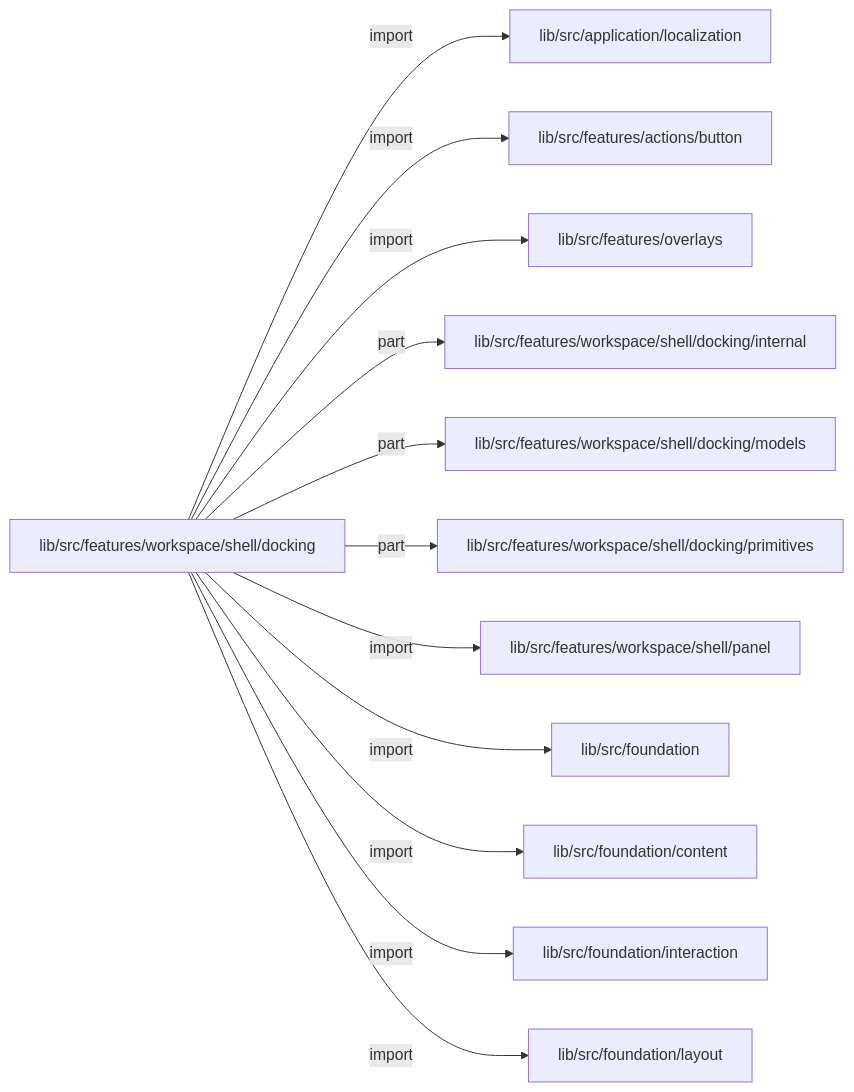
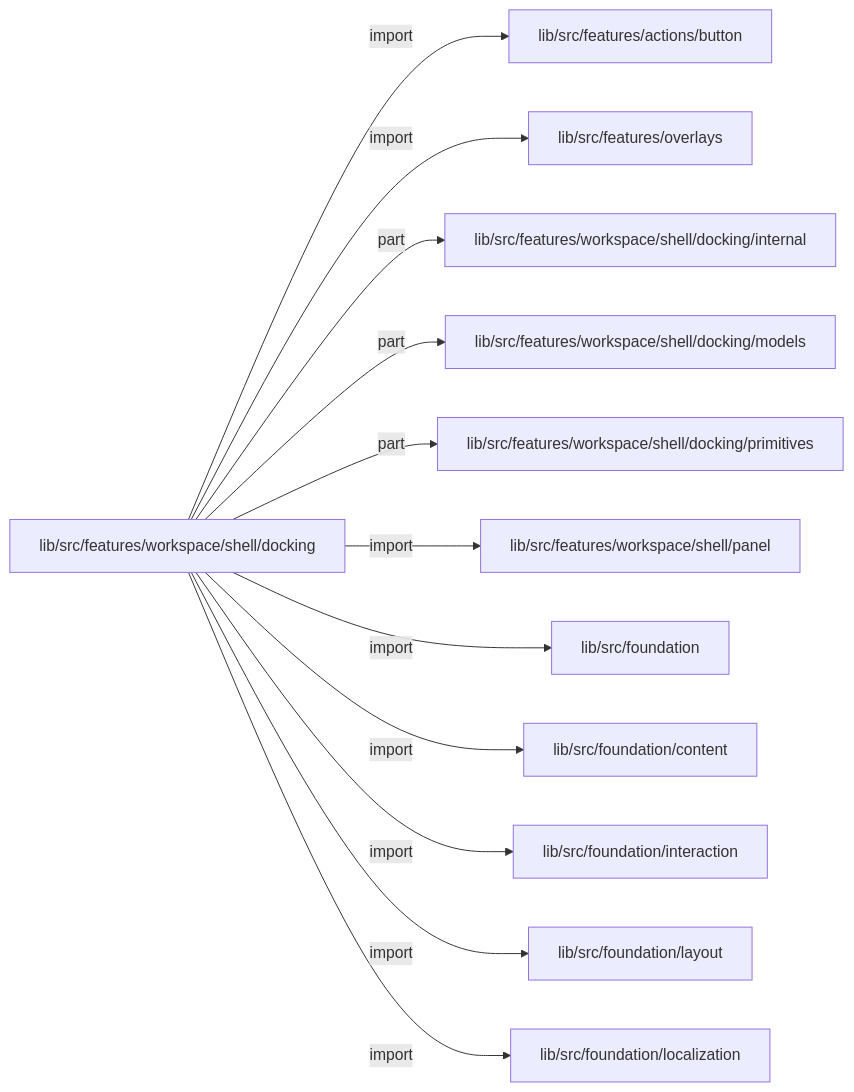
One commit to MiuDog/Kallopis changed the first of 3 diagrams in docs/architecture/src/features/workspace/shell/docking/README.md. Above: the diagram before and after it, drawn with Mermaid. The commit also changed other lines of this file and 9688 other files, not shown here.

Commit message:
Prepare isolated Flow F2 peer baseline

````diff
--- a/docs/architecture/src/features/workspace/shell/docking/README.md
+++ b/docs/architecture/src/features/workspace/shell/docking/README.md
@@ -13,26 +13,26 @@
 ```mermaid
 flowchart LR
 	n0["lib/src/features/workspace/shell/docking"]
-	n1["lib/src/application/localization"]
-	n2["lib/src/features/actions/button"]
-	n3["lib/src/features/overlays"]
-	n4["lib/src/features/workspace/shell/docking/internal"]
-	n5["lib/src/features/workspace/shell/docking/models"]
-	n6["lib/src/features/workspace/shell/docking/primitives"]
-	n7["lib/src/features/workspace/shell/panel"]
-	n8["lib/src/foundation"]
-	n9["lib/src/foundation/content"]
-	n10["lib/src/foundation/interaction"]
-	n11["lib/src/foundation/layout"]
+	n1["lib/src/features/actions/button"]
+	n2["lib/src/features/overlays"]
+	n3["lib/src/features/workspace/shell/docking/internal"]
+	n4["lib/src/features/workspace/shell/docking/models"]
+	n5["lib/src/features/workspace/shell/docking/primitives"]
+	n6["lib/src/features/workspace/shell/panel"]
+	n7["lib/src/foundation"]
+	n8["lib/src/foundation/content"]
+	n9["lib/src/foundation/interaction"]
+	n10["lib/src/foundation/layout"]
+	n11["lib/src/foundation/localization"]
 	n0 -->|"import"| n1
 	n0 -->|"import"| n2
-	n0 -->|"import"| n3
+	n0 -->|"part"| n3
 	n0 -->|"part"| n4
 	n0 -->|"part"| n5
-	n0 -->|"part"| n6
+	n0 -->|"import"| n6
 	n0 -->|"import"| n7
 	n0 -->|"import"| n8
 	n0 -->|"import"| n9
 	n0 -->|"import"| n10
 	n0 -->|"import"| n11
 ```
````
